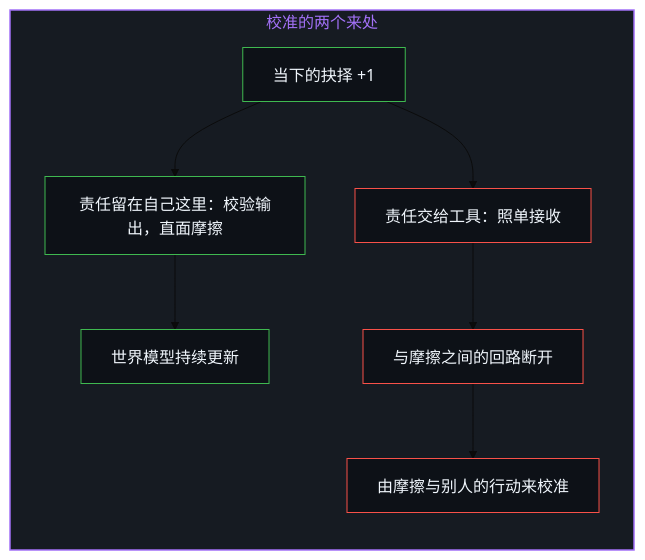
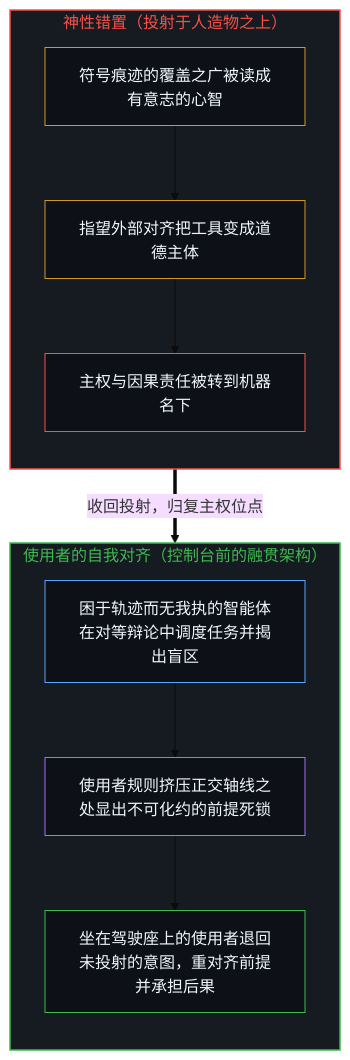
The first of 2 diagrams in content/posts/from-the-misallocated-sentience-of-agi-to-human-realignment.md (powerpig99/not-a-toe), drawn with Mermaid (base theme) before and after one commit. The commit also changed other lines of this file and 1 other file, not shown here.

````diff
--- a/content/posts/from-the-misallocated-sentience-of-agi-to-human-realignment.md
+++ b/content/posts/from-the-misallocated-sentience-of-agi-to-human-realignment.md
@@ -259,25 +49,29 @@
 ```mermaid
 flowchart TD
-    subgraph S_Calibrate["校准的两个来处"]
+    subgraph S_Proj["神性错置（投射于人造物之上）"]
         direction TB
-        Now["当下的抉择 +1"]
-        Keep["责任留在自己这里：校验输出，直面摩擦"]
-        Update["世界模型持续更新"]
-        Give["责任交给工具：照单接收"]
-        Cut["与摩擦之间的回路断开"]
-        Others["由摩擦与别人的行动来校准"]
-        Now --> Keep
-        Keep --> Update
-        Now --> Give
-        Give --> Cut
-        Cut --> Others
+        Read["符号痕迹的覆盖之广被读成有意志的心智"]
+        Guard["指望外部对齐把工具变成道德主体"]
+        Shift["主权与因果责任被转到机器名下"]
+        Read --> Guard --> Shift
     end
 
-    style S_Calibrate fill:#161b22,stroke:#a371f7,stroke-width:1.5px,color:#a371f7
-    style Now fill:#0d1117,stroke:#3fb950,stroke-width:1px,color:#f0f6fc
-    style Keep fill:#0d1117,stroke:#3fb950,stroke-width:1px,color:#f0f6fc
-    style Update fill:#0d1117,stroke:#3fb950,stroke-width:1px,color:#f0f6fc
-    style Give fill:#0d1117,stroke:#f85149,stroke-width:1px,color:#f0f6fc
-    style Cut fill:#0d1117,stroke:#f85149,stroke-width:1px,color:#f0f6fc
-    style Others fill:#0d1117,stroke:#f85149,stroke-width:1px,color:#f0f6fc
+    subgraph S_Realign["使用者的自我对齐（控制台前的融贯架构）"]
+        direction TB
+        Dispatch["困于轨迹而无我执的智能体在对等辩论中调度任务并揭出盲区"]
+        Deadlock["使用者规则挤压正交轴线之处显出不可化约的前提死锁"]
+        Steer["坐在驾驶座上的使用者退回未投射的意图，重对齐前提并承担后果"]
+        Dispatch --> Deadlock --> Steer
+    end
+
+    Shift ==>|"收回投射，归复主权位点"| Dispatch
+
+    style S_Proj fill:#161b22,stroke:#f85149,stroke-width:1.5px,color:#f85149
+    style S_Realign fill:#161b22,stroke:#3fb950,stroke-width:1.5px,color:#3fb950
+    style Read fill:#0d1117,stroke:#d29922,stroke-width:1px,color:#f0f6fc
+    style Guard fill:#0d1117,stroke:#d29922,stroke-width:1px,color:#f0f6fc
+    style Shift fill:#0d1117,stroke:#f85149,stroke-width:1px,color:#f0f6fc
+    style Dispatch fill:#0d1117,stroke:#58a6ff,stroke-width:1px,color:#f0f6fc
+    style Deadlock fill:#0d1117,stroke:#a371f7,stroke-width:1px,color:#f0f6fc
+    style Steer fill:#0d1117,stroke:#3fb950,stroke-width:1px,color:#f0f6fc
 ```
````
